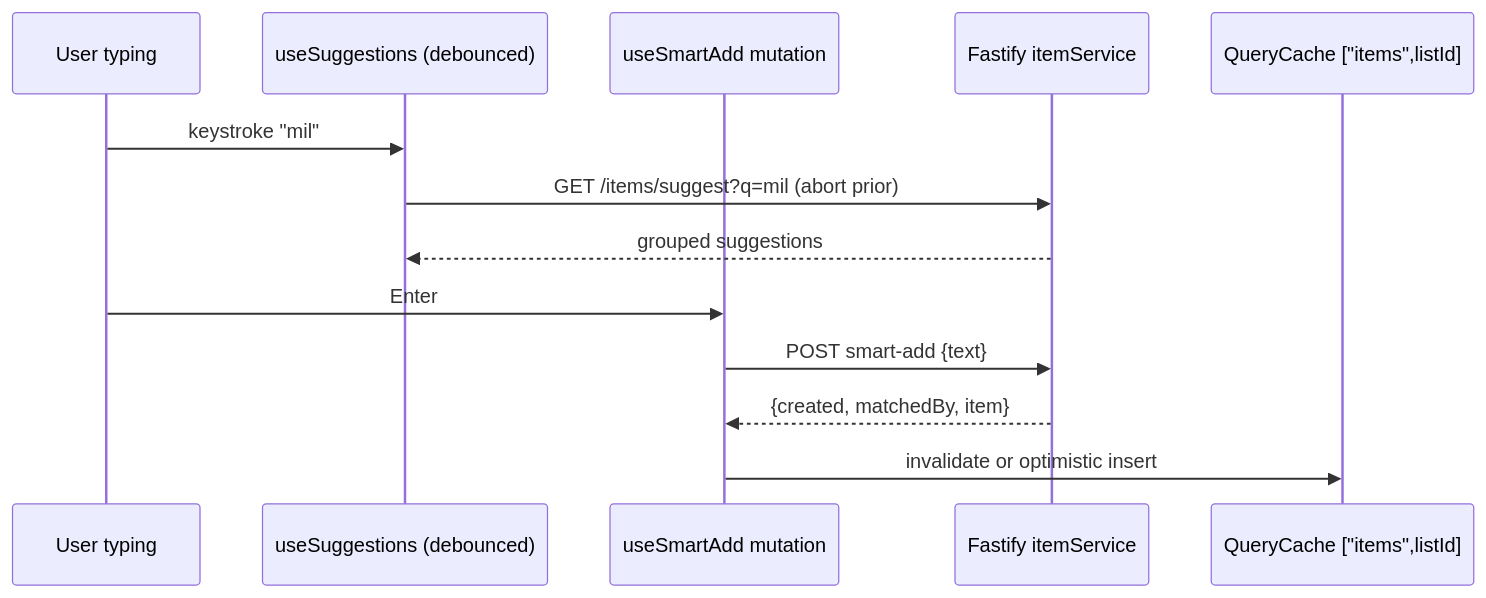
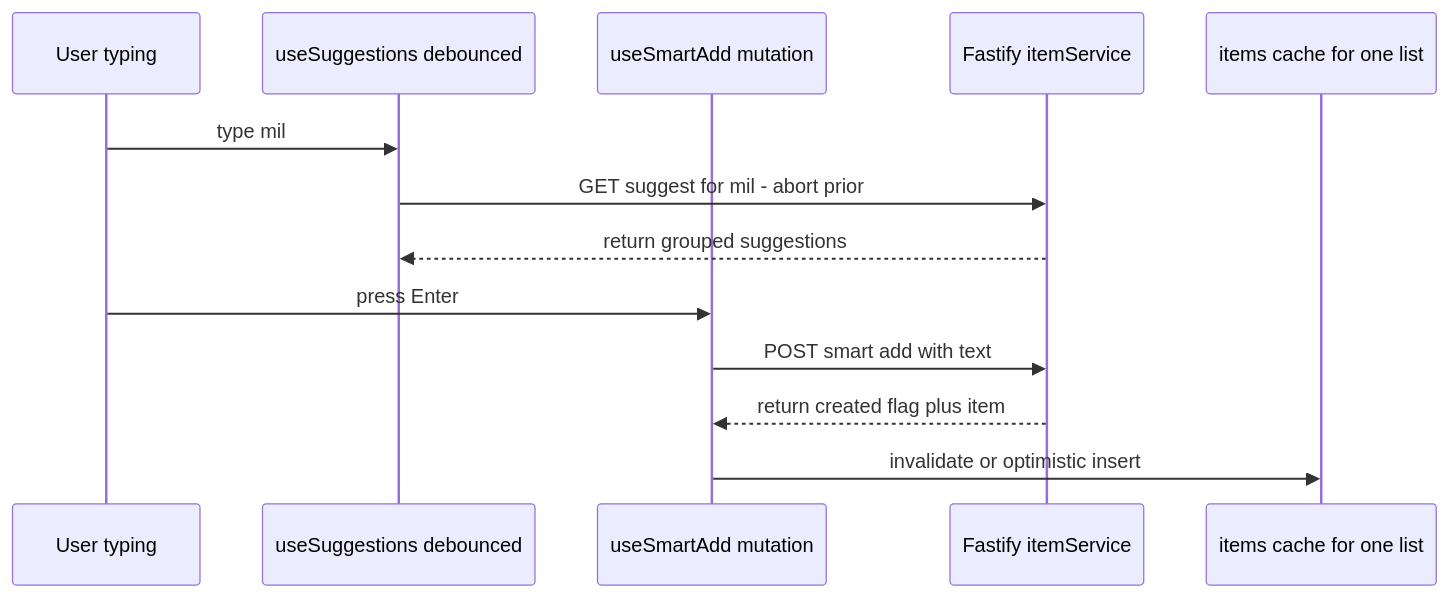
Before and after one commit to Bushische/grocery-app: the ninth of 10 diagrams in docs/PROJECT_LEARNING.md, drawn with Mermaid. The commit also changed other lines of this file and 6 other files, not shown here.

````diff
--- a/docs/PROJECT_LEARNING.md
+++ b/docs/PROJECT_LEARNING.md
@@ -505,15 +436,15 @@
 ```mermaid
 sequenceDiagram
   participant U as User typing
-  participant S as useSuggestions (debounced)
+  participant S as useSuggestions debounced
   participant M as useSmartAdd mutation
   participant API as Fastify itemService
-  participant QC as QueryCache ["items",listId]
-  U->>S: keystroke "mil"
-  S->>API: GET /items/suggest?q=mil (abort prior)
-  API-->>S: grouped suggestions
-  U->>M: Enter
-  M->>API: POST smart-add {text}
-  API-->>M: {created, matchedBy, item}
+  participant QC as items cache for one list
+  U->>S: type mil
+  S->>API: GET suggest for mil - abort prior
+  API-->>S: return grouped suggestions
+  U->>M: press Enter
+  M->>API: POST smart add with text
+  API-->>M: return created flag plus item
   M->>QC: invalidate or optimistic insert
 ```
````
